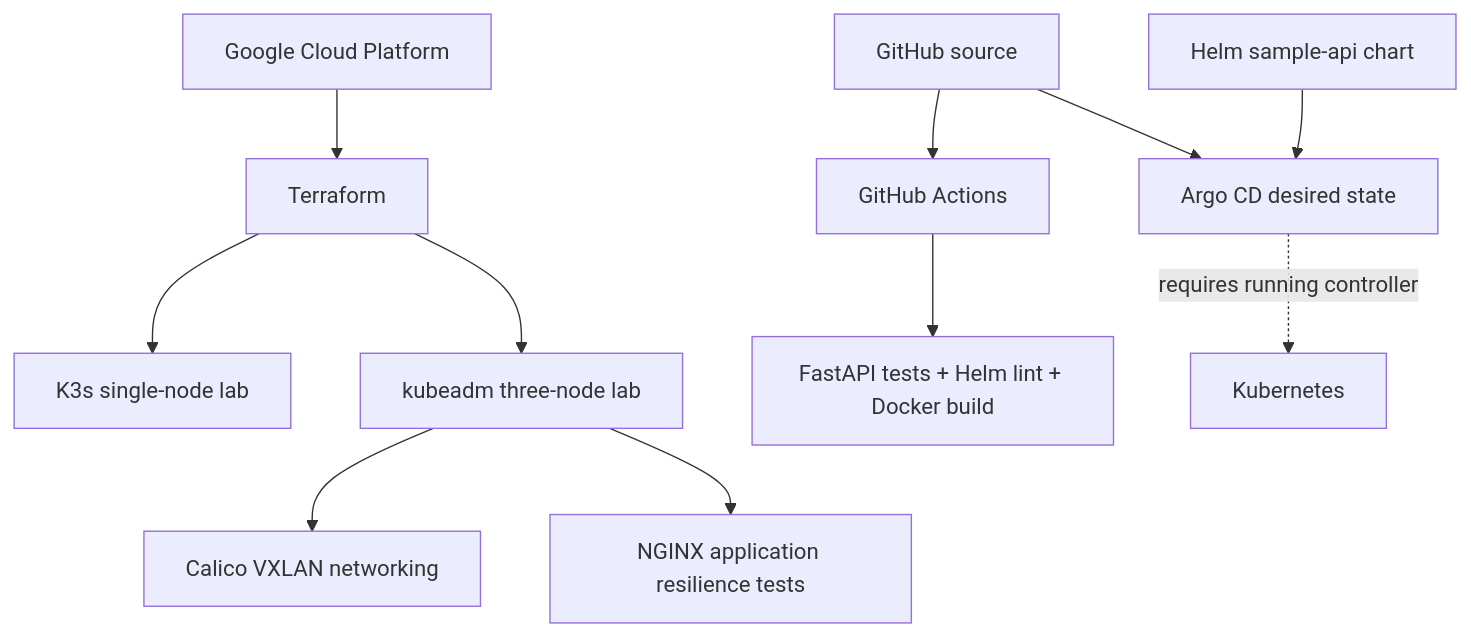
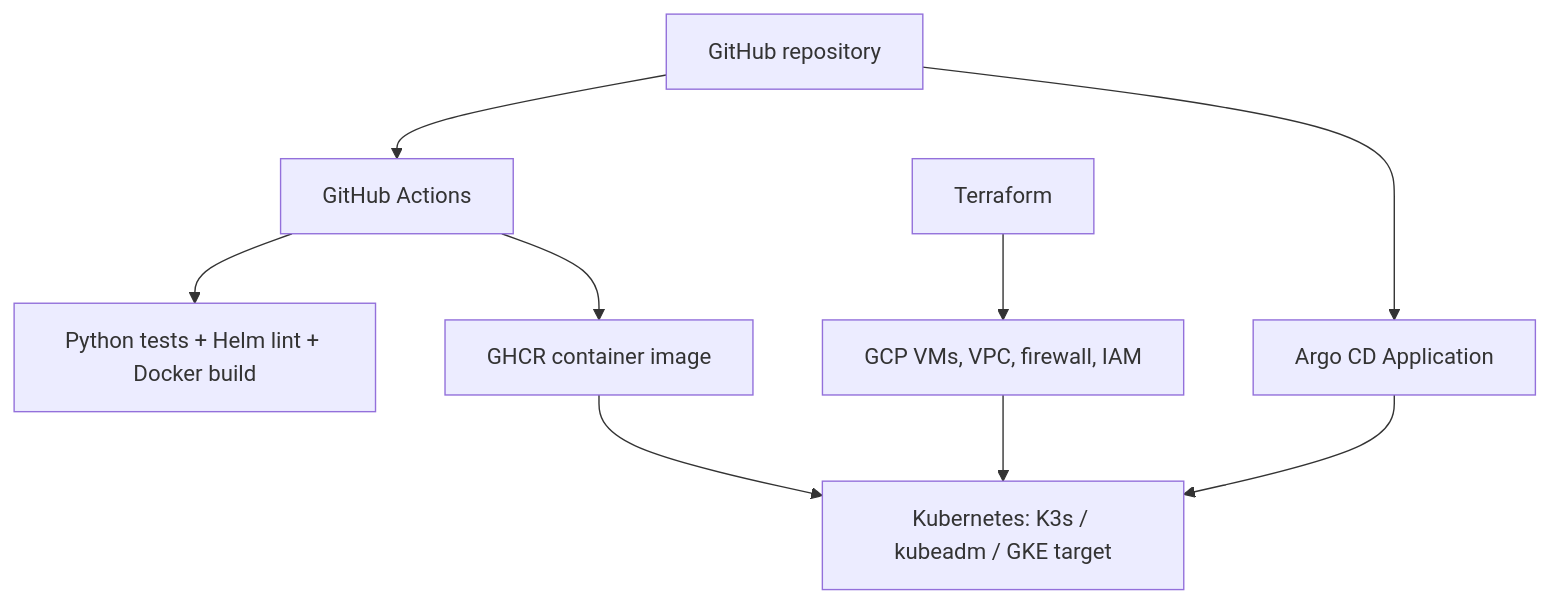
Before and after one commit to Fouad-DevOps-Projects/cloud-native-infrastructure: the diagram in README.md, drawn with Mermaid. The commit also changed other lines of this file, not shown here.

Commit message:
docs: publish portfolio README with architecture and evidence status

````diff
--- a/README.md
+++ b/README.md
@@ -11,13 +10,11 @@
 ```mermaid
 flowchart TD
-  GCP[Google Cloud Platform] --> TF[Terraform]
-  TF --> K3S[K3s single-node lab]
-  TF --> KA[kubeadm three-node lab]
-  KA --> CNI[Calico VXLAN networking]
-  KA --> APP[NGINX application resilience tests]
-  GH[GitHub source] --> GA[GitHub Actions]
-  GA --> TEST[FastAPI tests + Helm lint + Docker build]
-  GH --> ARGO[Argo CD desired state]
-  ARGO -. requires running controller .-> CLUSTER[Kubernetes]
-  CHART[Helm sample-api chart] --> ARGO
+  Source[GitHub repository] --> CI[GitHub Actions]
+  CI --> Tests[Python tests + Helm lint + Docker build]
+  CI --> Registry[GHCR container image]
+  Source --> Argo[Argo CD Application]
+  Argo --> K8s[Kubernetes: K3s / kubeadm / GKE target]
+  Registry --> K8s
+  TF[Terraform] --> GCP[GCP VMs, VPC, firewall, IAM]
+  GCP --> K8s
 ```
````
